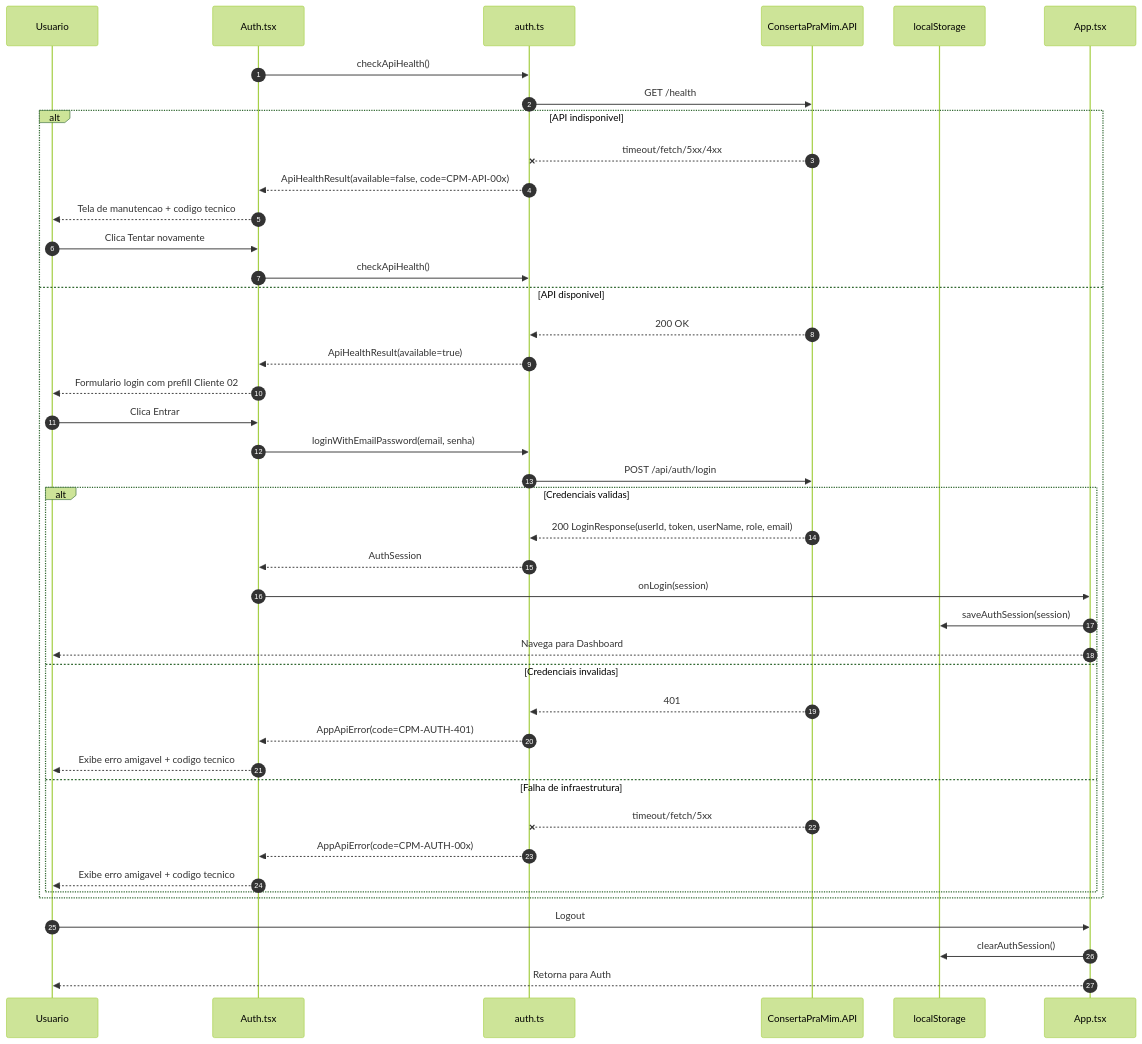
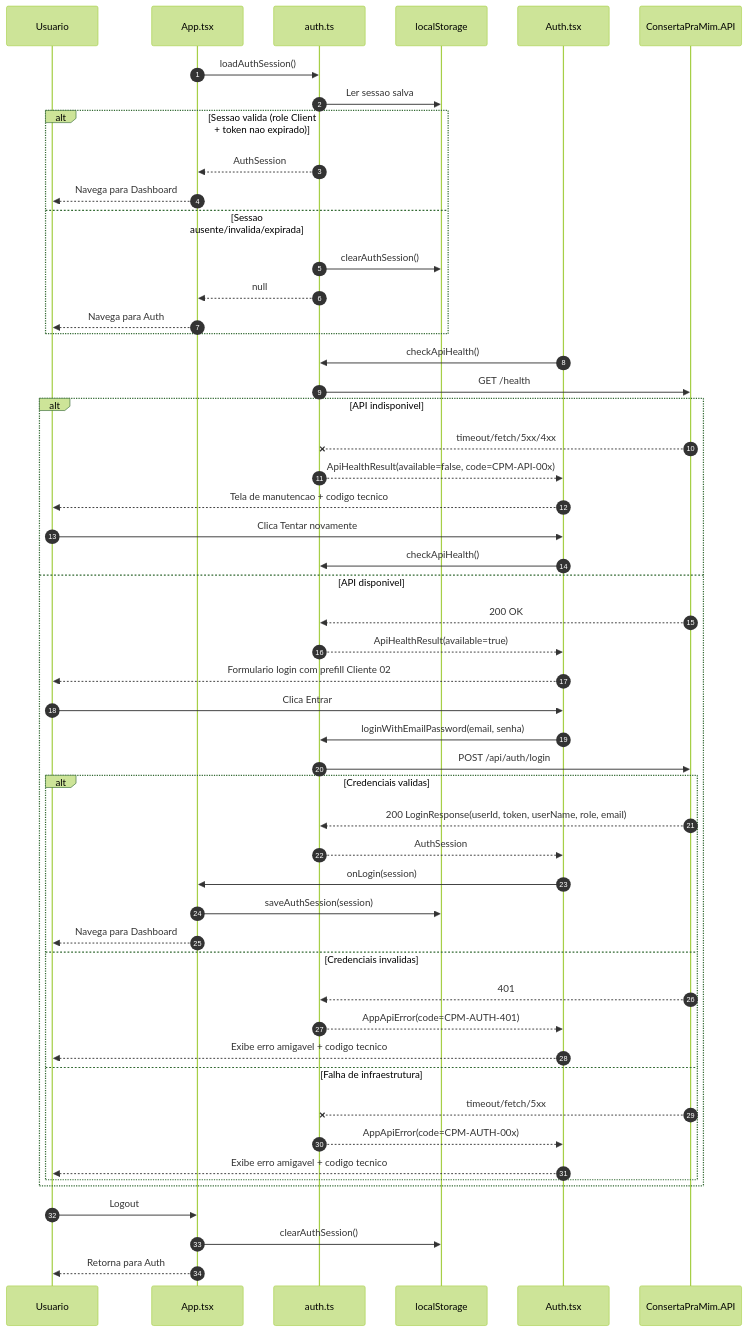
The diagram in Documentacao/DIAGRAMAS/CONSUMER_APP_WEB/APP-002-login-email-senha-api/sequencia-login-email-senha-api.mmd (leonardomendes201704/ConsertaPraMim), drawn with Mermaid (forest theme) before and after one commit. The commit also changed 9 other files, not shown here.

Commit message:
feat(app): confirm schedule before submit and validate saved session bootstrap

```diff
--- a/Documentacao/DIAGRAMAS/CONSUMER_APP_WEB/APP-002-login-email-senha-api/sequencia-login-email-senha-api.mmd
+++ b/Documentacao/DIAGRAMAS/CONSUMER_APP_WEB/APP-002-login-email-senha-api/sequencia-login-email-senha-api.mmd
@@ -1,47 +1,59 @@
 sequenceDiagram
     autonumber
     participant U as Usuario
+    participant APP as App.tsx
+    participant AS as auth.ts
+    participant LS as localStorage
     participant UI as Auth.tsx
-    participant AS as auth.ts
     participant API as ConsertaPraMim.API
-    participant LS as localStorage
-    participant APP as App.tsx
+
+    APP->>AS: loadAuthSession()
+    AS->>LS: Ler sessao salva
+
+    alt Sessao valida (role Client + token nao expirado)
+        AS-->>APP: AuthSession
+        APP-->>U: Navega para Dashboard
+    else Sessao ausente/invalida/expirada
+        AS->>LS: clearAuthSession()
+        AS-->>APP: null
+        APP-->>U: Navega para Auth
+    end
 
     UI->>AS: checkApiHealth()
     AS->>API: GET /health
 
     alt API indisponivel
         API--xAS: timeout/fetch/5xx/4xx
         AS-->>UI: ApiHealthResult(available=false, code=CPM-API-00x)
         UI-->>U: Tela de manutencao + codigo tecnico
         U->>UI: Clica Tentar novamente
         UI->>AS: checkApiHealth()
     else API disponivel
         API-->>AS: 200 OK
         AS-->>UI: ApiHealthResult(available=true)
         UI-->>U: Formulario login com prefill Cliente 02
 
         U->>UI: Clica Entrar
         UI->>AS: loginWithEmailPassword(email, senha)
         AS->>API: POST /api/auth/login
 
         alt Credenciais validas
             API-->>AS: 200 LoginResponse(userId, token, userName, role, email)
             AS-->>UI: AuthSession
             UI->>APP: onLogin(session)
             APP->>LS: saveAuthSession(session)
             APP-->>U: Navega para Dashboard
         else Credenciais invalidas
             API-->>AS: 401
             AS-->>UI: AppApiError(code=CPM-AUTH-401)
             UI-->>U: Exibe erro amigavel + codigo tecnico
         else Falha de infraestrutura
             API--xAS: timeout/fetch/5xx
             AS-->>UI: AppApiError(code=CPM-AUTH-00x)
             UI-->>U: Exibe erro amigavel + codigo tecnico
         end
     end
 
     U->>APP: Logout
     APP->>LS: clearAuthSession()
     APP-->>U: Retorna para Auth
```
